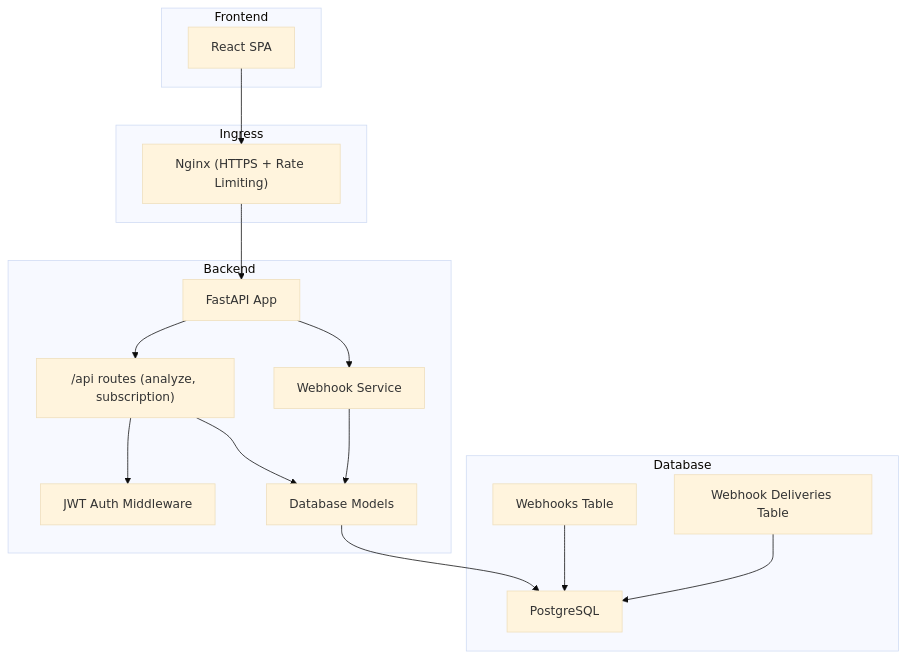
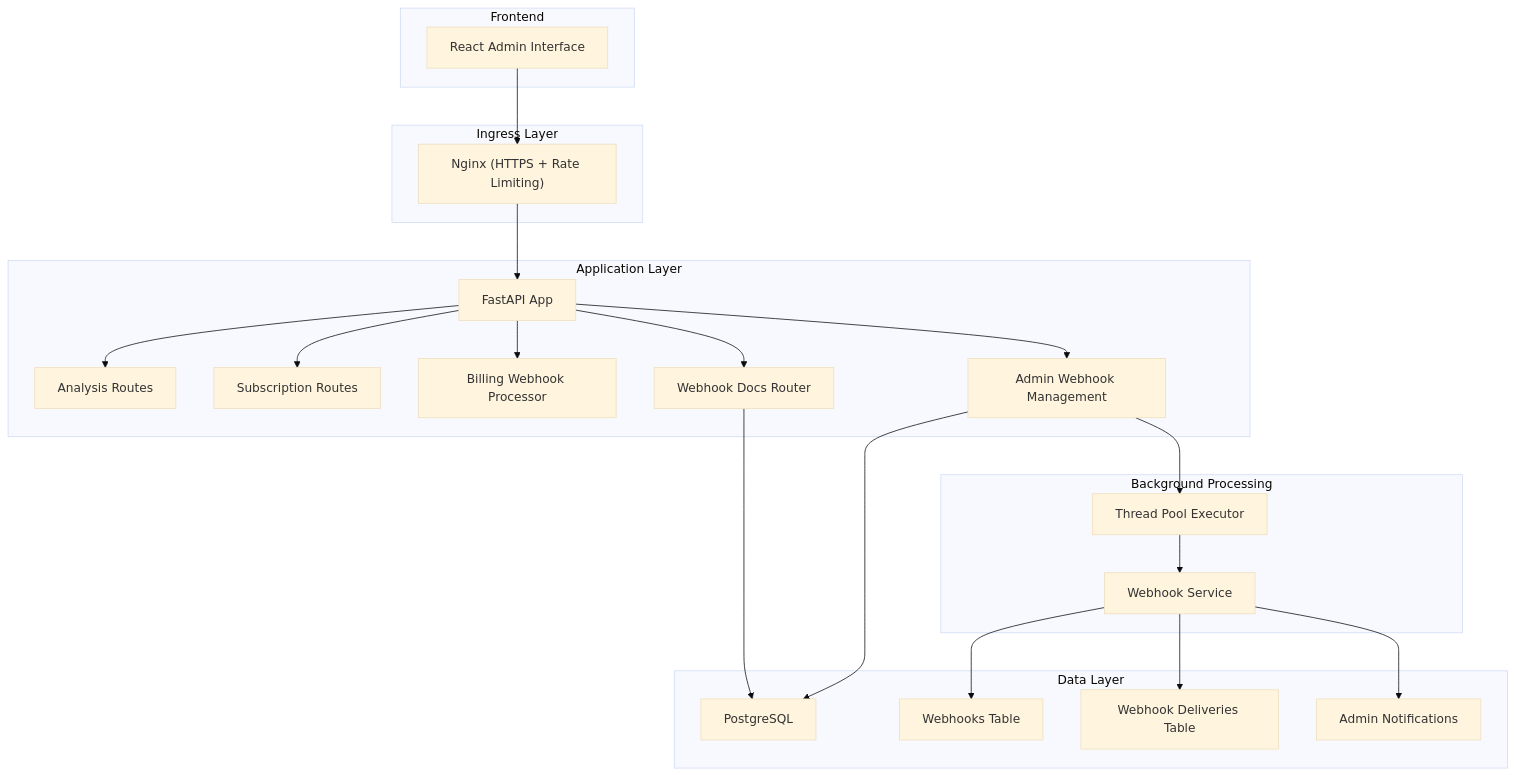
One commit to Revanththetalogics/aireume changed the first of 6 diagrams in .qoder/repowiki/en/content/Advanced Topics/Integration Patterns/Webhook Systems.md. Above: the diagram before and after it, drawn with Mermaid (base theme). The commit also changed other lines of this file and 13 other files, not shown here.

````diff
--- a/.qoder/repowiki/en/content/Advanced Topics/Integration Patterns/Webhook Systems.md
+++ b/.qoder/repowiki/en/content/Advanced Topics/Integration Patterns/Webhook Systems.md
@@ -56,31 +67,41 @@
 ```mermaid
 graph TB
-subgraph "Ingress"
+subgraph "Ingress Layer"
 Nginx["Nginx (HTTPS + Rate Limiting)"]
 end
-subgraph "Backend"
+subgraph "Application Layer"
 FastAPI["FastAPI App"]
-Analyze["/api routes (analyze, subscription)"]
-WebhookSvc["Webhook Service"]
-Auth["JWT Auth Middleware"]
-Models["Database Models"]
+Analyze["Analysis Routes"]
+Subscription["Subscription Routes"]
+Billing["Billing Webhook Processor"]
+WebhookDocs["Webhook Docs Router"]
+Admin["Admin Webhook Management"]
 end
-subgraph "Database"
+subgraph "Background Processing"
+ThreadPool["Thread Pool Executor"]
+Service["Webhook Service"]
+end
+subgraph "Data Layer"
 PostgreSQL["PostgreSQL"]
 Webhooks["Webhooks Table"]
 Deliveries["Webhook Deliveries Table"]
+AdminNotifs["Admin Notifications"]
 end
 subgraph "Frontend"
-FE["React SPA"]
+FE["React Admin Interface"]
 end
 Nginx --> FastAPI
 FastAPI --> Analyze
-FastAPI --> WebhookSvc
-Analyze --> Auth
-Analyze --> Models
-WebhookSvc --> Models
-Models --> PostgreSQL
-Webhooks --> PostgreSQL
-Deliveries --> PostgreSQL
+FastAPI --> Subscription
+FastAPI --> Billing
+FastAPI --> WebhookDocs
+FastAPI --> Admin
+Admin --> ThreadPool
+ThreadPool --> Service
+Service --> Webhooks
+Service --> Deliveries
+Service --> AdminNotifs
+WebhookDocs --> PostgreSQL
+Admin --> PostgreSQL
 FE --> Nginx
 ```
````
